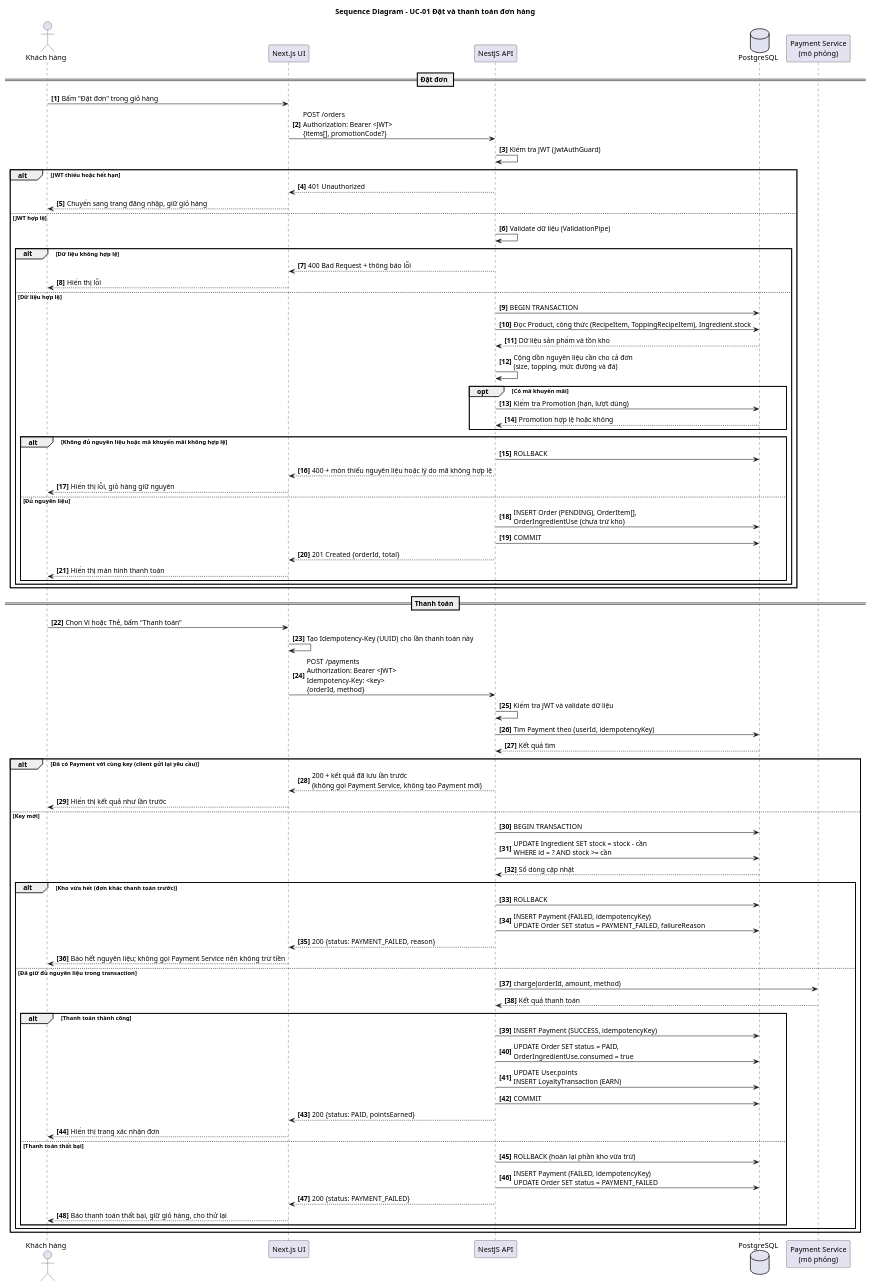
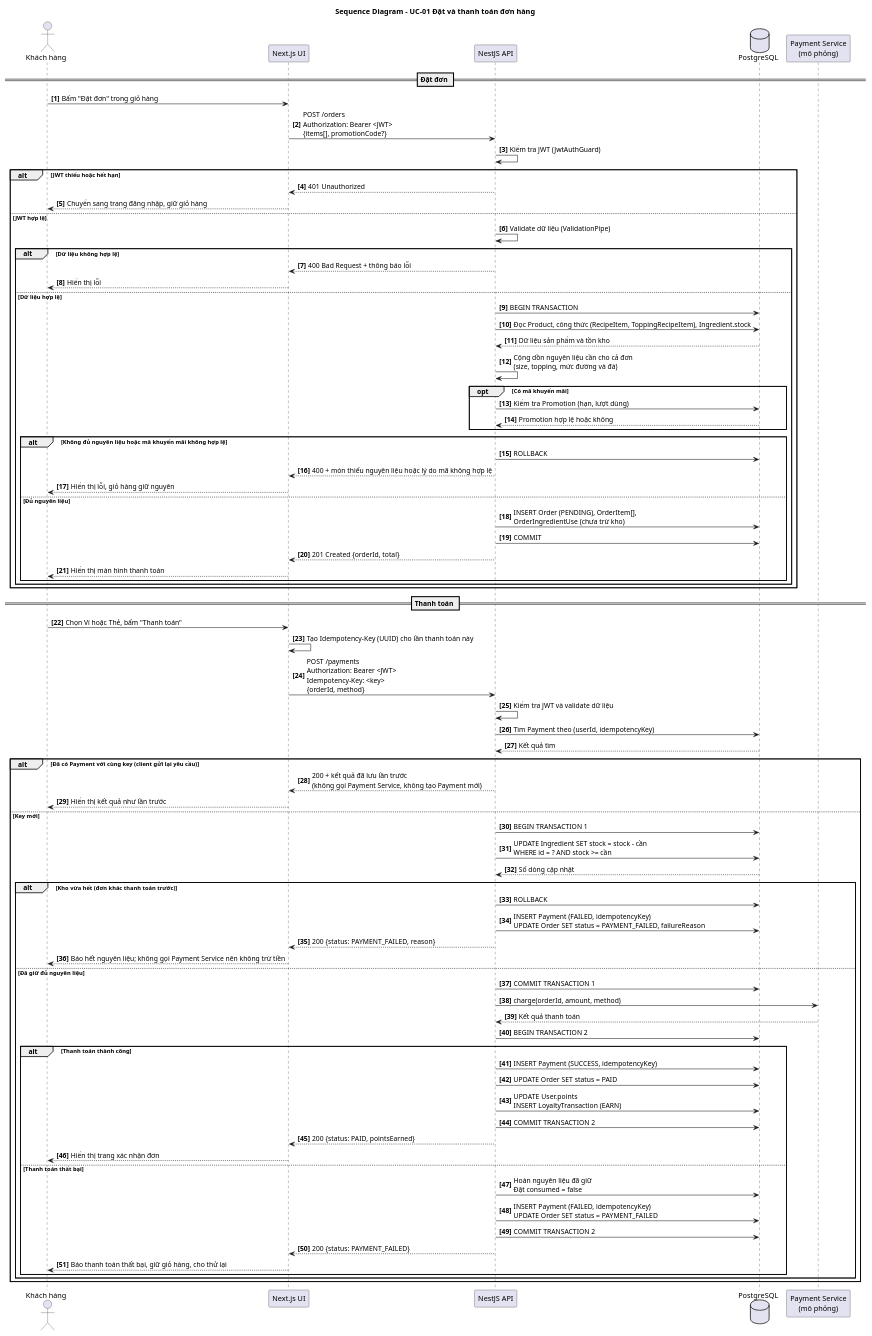
The diagram in docs/diagrams/sequence-checkout.puml (tthan-prog/BrewLite-AS2), drawn with PlantUML before and after one commit. The commit also changed 13 other files, not shown here.

Commit message:
docs: align UML diagrams and AS2 report with payment flow

```diff
--- a/docs/diagrams/sequence-checkout.puml
+++ b/docs/diagrams/sequence-checkout.puml
@@ -1,90 +1,93 @@
 @startuml
 ' BrewLite AS2 - Task 2.2 - Sequence diagram cho UC-01 Đặt và thanh toán đơn hàng
 ' Tham chiếu: docs/requirements/use-case-checkout.md (UC-01), srs.md (FR-05..FR-10, FR-12..FR-14, NFR-02, NFR-04)
 skinparam shadowing false
 skinparam defaultFontName Arial
 skinparam sequenceMessageAlign left
 autonumber "<b>[0]"
 
 title Sequence Diagram - UC-01 Đặt và thanh toán đơn hàng
 
 actor "Khách hàng" as C
 participant "Next.js UI" as UI
 participant "NestJS API" as API
 database "PostgreSQL" as DB
 participant "Payment Service\n(mô phỏng)" as PS
 
 == Đặt đơn ==
 C -> UI : Bấm "Đặt đơn" trong giỏ hàng
 UI -> API : POST /orders\nAuthorization: Bearer <JWT>\n{items[], promotionCode?}
 API -> API : Kiểm tra JWT (JwtAuthGuard)
 alt JWT thiếu hoặc hết hạn
   API --> UI : 401 Unauthorized
   UI --> C : Chuyển sang trang đăng nhập, giữ giỏ hàng
 else JWT hợp lệ
   API -> API : Validate dữ liệu (ValidationPipe)
   alt Dữ liệu không hợp lệ
     API --> UI : 400 Bad Request + thông báo lỗi
     UI --> C : Hiển thị lỗi
   else Dữ liệu hợp lệ
     API -> DB : BEGIN TRANSACTION
     API -> DB : Đọc Product, công thức (RecipeItem, ToppingRecipeItem), Ingredient.stock
     DB --> API : Dữ liệu sản phẩm và tồn kho
     API -> API : Cộng dồn nguyên liệu cần cho cả đơn\n(size, topping, mức đường và đá)
     opt Có mã khuyến mãi
       API -> DB : Kiểm tra Promotion (hạn, lượt dùng)
       DB --> API : Promotion hợp lệ hoặc không
     end
     alt Không đủ nguyên liệu hoặc mã khuyến mãi không hợp lệ
       API -> DB : ROLLBACK
       API --> UI : 400 + món thiếu nguyên liệu hoặc lý do mã không hợp lệ
       UI --> C : Hiển thị lỗi, giỏ hàng giữ nguyên
     else Đủ nguyên liệu
       API -> DB : INSERT Order (PENDING), OrderItem[],\nOrderIngredientUse (chưa trừ kho)
       API -> DB : COMMIT
       API --> UI : 201 Created {orderId, total}
       UI --> C : Hiển thị màn hình thanh toán
     end
   end
 end
 
 == Thanh toán ==
 C -> UI : Chọn Ví hoặc Thẻ, bấm "Thanh toán"
 UI -> UI : Tạo Idempotency-Key (UUID) cho lần thanh toán này
 UI -> API : POST /payments\nAuthorization: Bearer <JWT>\nIdempotency-Key: <key>\n{orderId, method}
 API -> API : Kiểm tra JWT và validate dữ liệu
 API -> DB : Tìm Payment theo (userId, idempotencyKey)
 DB --> API : Kết quả tìm
 
 alt Đã có Payment với cùng key (client gửi lại yêu cầu)
   API --> UI : 200 + kết quả đã lưu lần trước\n(không gọi Payment Service, không tạo Payment mới)
   UI --> C : Hiển thị kết quả như lần trước
 else Key mới
-  API -> DB : BEGIN TRANSACTION
+  API -> DB : BEGIN TRANSACTION 1
   API -> DB : UPDATE Ingredient SET stock = stock - cần\nWHERE id = ? AND stock >= cần
   DB --> API : Số dòng cập nhật
   alt Kho vừa hết (đơn khác thanh toán trước)
     API -> DB : ROLLBACK
     API -> DB : INSERT Payment (FAILED, idempotencyKey)\nUPDATE Order SET status = PAYMENT_FAILED, failureReason
     API --> UI : 200 {status: PAYMENT_FAILED, reason}
     UI --> C : Báo hết nguyên liệu; không gọi Payment Service nên không trừ tiền
-  else Đã giữ đủ nguyên liệu trong transaction
+  else Đã giữ đủ nguyên liệu
+    API -> DB : COMMIT TRANSACTION 1
     API -> PS : charge(orderId, amount, method)
     PS --> API : Kết quả thanh toán
+    API -> DB : BEGIN TRANSACTION 2
     alt Thanh toán thành công
       API -> DB : INSERT Payment (SUCCESS, idempotencyKey)
-      API -> DB : UPDATE Order SET status = PAID,\nOrderIngredientUse.consumed = true
+      API -> DB : UPDATE Order SET status = PAID
       API -> DB : UPDATE User.points\nINSERT LoyaltyTransaction (EARN)
-      API -> DB : COMMIT
+      API -> DB : COMMIT TRANSACTION 2
       API --> UI : 200 {status: PAID, pointsEarned}
       UI --> C : Hiển thị trang xác nhận đơn
     else Thanh toán thất bại
-      API -> DB : ROLLBACK (hoàn lại phần kho vừa trừ)
+      API -> DB : Hoàn nguyên liệu đã giữ\nĐặt consumed = false
       API -> DB : INSERT Payment (FAILED, idempotencyKey)\nUPDATE Order SET status = PAYMENT_FAILED
+      API -> DB : COMMIT TRANSACTION 2
       API --> UI : 200 {status: PAYMENT_FAILED}
       UI --> C : Báo thanh toán thất bại, giữ giỏ hàng, cho thử lại
     end
   end
 end
 
 @enduml
```
